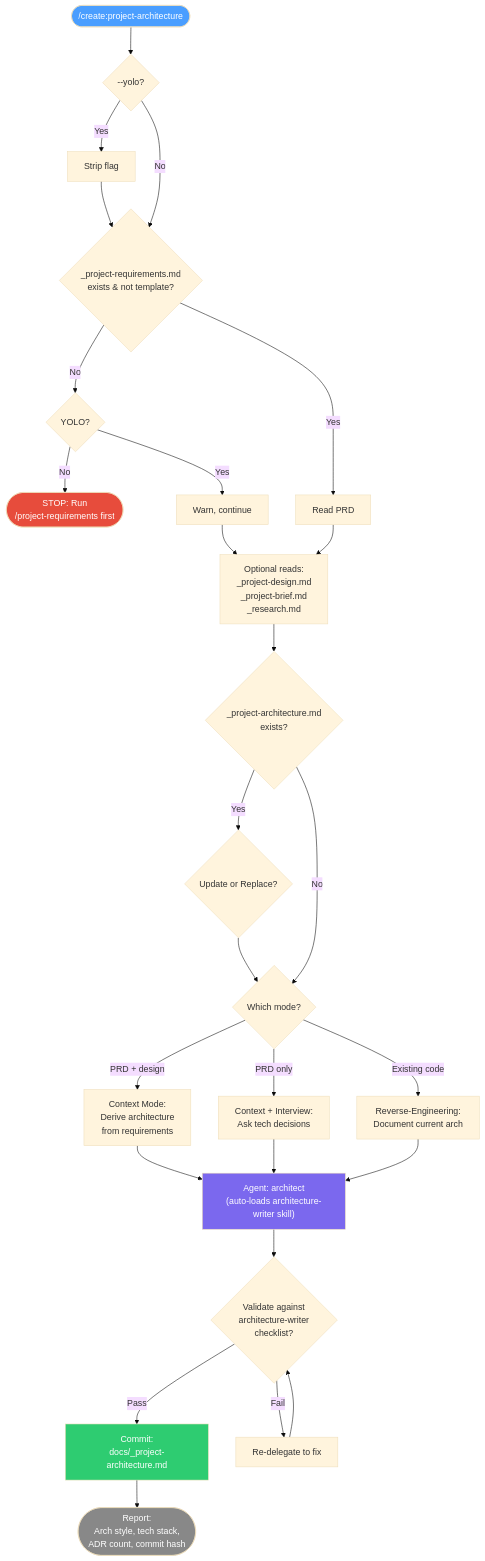
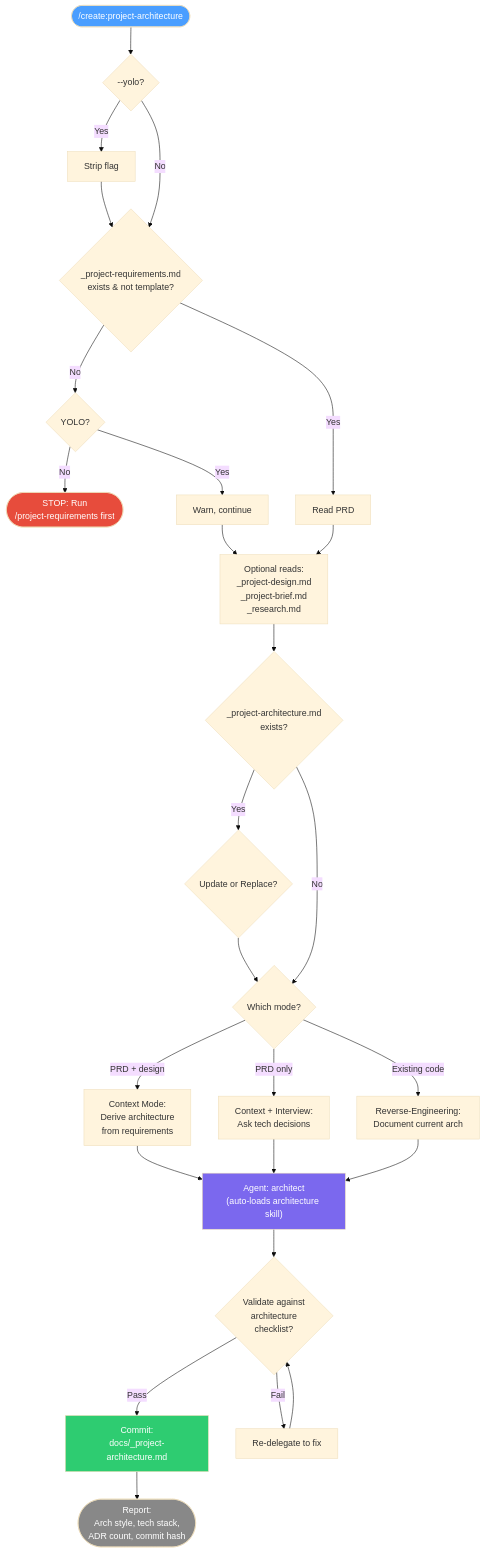
The sixth of 37 diagrams in docs/reference/commands.md (Domdhi/Agents.Domdhi), drawn with Mermaid (base theme) before and after one commit. The commit also changed other lines of this file and 113 other files, not shown here.

````diff
--- a/docs/reference/commands.md
+++ b/docs/reference/commands.md
@@ -274,43 +274,43 @@
 ```mermaid
 flowchart TD
     START(["/create:project-architecture"]) --> YOLO{--yolo?}
     YOLO -->|Yes| STRIP[Strip flag]
     YOLO -->|No| GATE
     STRIP --> GATE
 
     GATE{_project-requirements.md\nexists & not template?}
     GATE -->|No| YOLO_CHK{YOLO?}
     YOLO_CHK -->|No| STOP(["STOP: Run\n/project-requirements first"])
     YOLO_CHK -->|Yes| WARN[Warn, continue]
     GATE -->|Yes| READ[Read PRD]
 
     READ --> OPT["Optional reads:\n_project-design.md\n_project-brief.md\n_research.md"]
     WARN --> OPT
 
     OPT --> EXIST{_project-architecture.md\nexists?}
     EXIST -->|Yes| ASK{Update or Replace?}
     EXIST -->|No| MODE
     ASK --> MODE
 
     MODE{Which mode?}
     MODE -->|PRD + design| CTX["Context Mode:\nDerive architecture\nfrom requirements"]
     MODE -->|PRD only| CTX_INT["Context + Interview:\nAsk tech decisions"]
     MODE -->|Existing code| REV["Reverse-Engineering:\nDocument current arch"]
 
-    CTX --> DELEGATE["Agent: architect\n(auto-loads architecture-writer skill)"]
+    CTX --> DELEGATE["Agent: architect\n(auto-loads architecture skill)"]
     CTX_INT --> DELEGATE
     REV --> DELEGATE
 
-    DELEGATE --> VALIDATE{Validate against\narchitecture-writer\nchecklist?}
+    DELEGATE --> VALIDATE{Validate against\narchitecture\nchecklist?}
     VALIDATE -->|Pass| COMMIT["Commit:\ndocs/_project-architecture.md"]
     VALIDATE -->|Fail| FIX[Re-delegate to fix]
     FIX --> VALIDATE
 
     COMMIT --> REPORT(["Report:\nArch style, tech stack,\nADR count, commit hash"])
 
     style START fill:#4a9eff,color:#fff
     style STOP fill:#e74c3c,color:#fff
     style DELEGATE fill:#7b68ee,color:#fff
     style COMMIT fill:#2ecc71,color:#fff
     style REPORT fill:#888,color:#fff
 ```
````
